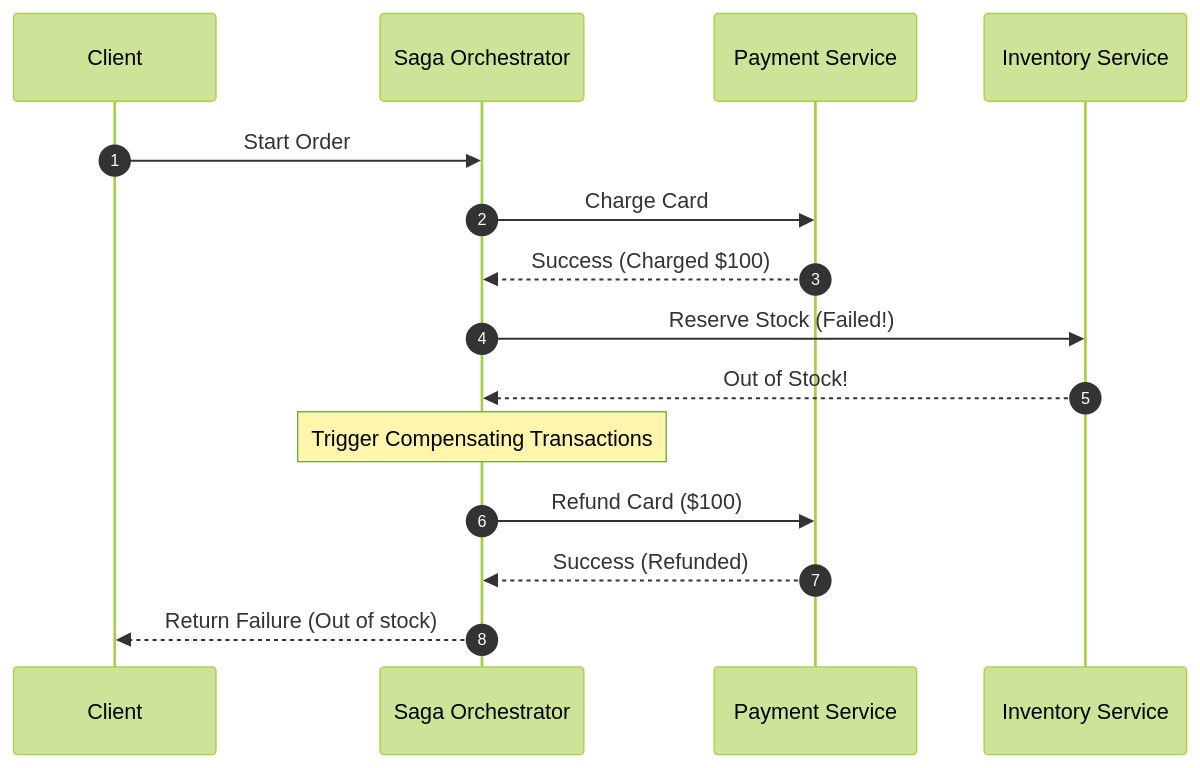
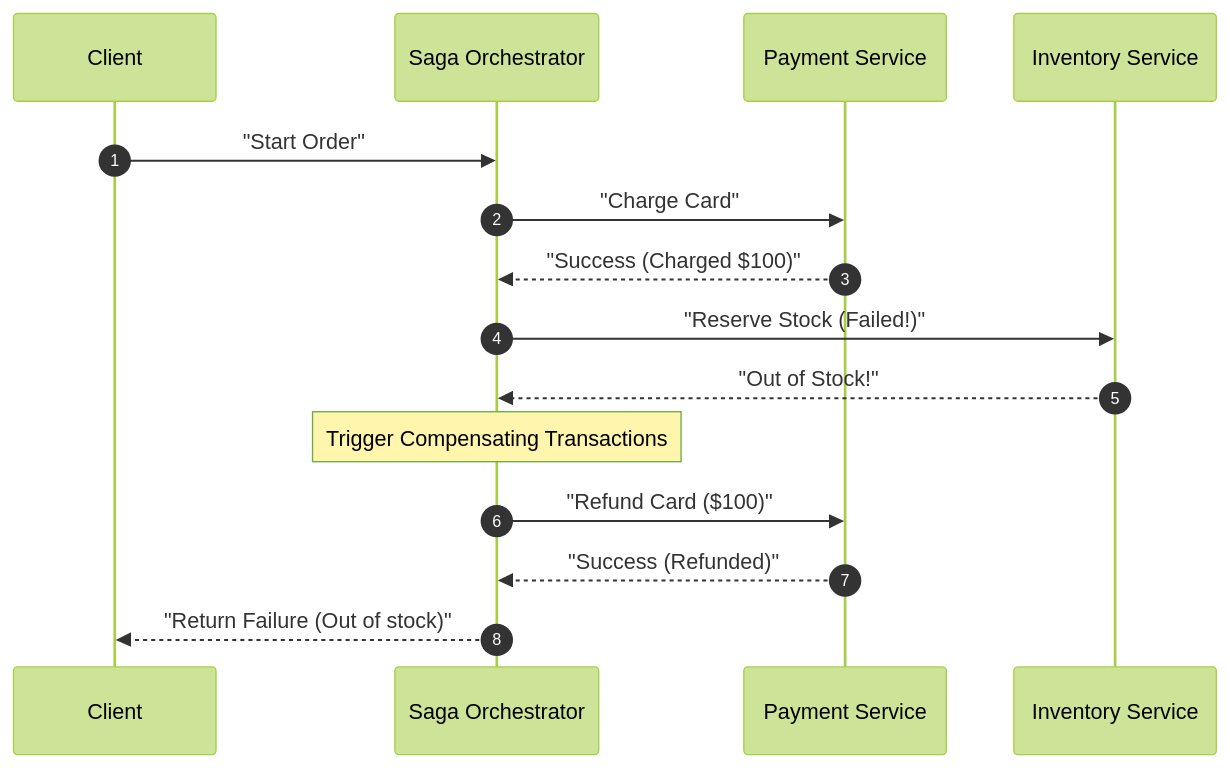
The first of 4 diagrams in Patterns/03_multi_step_processes.md (weifengcao/deep_system_design), drawn with Mermaid (forest theme) before and after one commit. The commit also changed other lines of this file and 7 other files, not shown here.

First line of the commit message:
fix: resolve Mermaid diagram parsing errors across all pattern files

````diff
--- a/Patterns/03_multi_step_processes.md
+++ b/Patterns/03_multi_step_processes.md
@@ -41,18 +41,18 @@
 ```mermaid
 sequenceDiagram
     autonumber
     participant Client
     participant Orch as Saga Orchestrator
     participant Pay as Payment Service
     participant Inv as Inventory Service
 
-    Client->>Orch: Start Order
-    Orch->>Pay: Charge Card
-    Pay-->>Orch: Success (Charged $100)
-    Orch->>Inv: Reserve Stock (Failed!)
-    Inv-->>Orch: Out of Stock!
+    Client->>Orch: "Start Order"
+    Orch->>Pay: "Charge Card"
+    Pay-->>Orch: "Success (Charged $100)"
+    Orch->>Inv: "Reserve Stock (Failed!)"
+    Inv-->>Orch: "Out of Stock!"
     Note over Orch: Trigger Compensating Transactions
-    Orch->>Pay: Refund Card ($100)
-    Pay-->>Orch: Success (Refunded)
-    Orch-->>Client: Return Failure (Out of stock)
+    Orch->>Pay: "Refund Card ($100)"
+    Pay-->>Orch: "Success (Refunded)"
+    Orch-->>Client: "Return Failure (Out of stock)"
 ```
````
